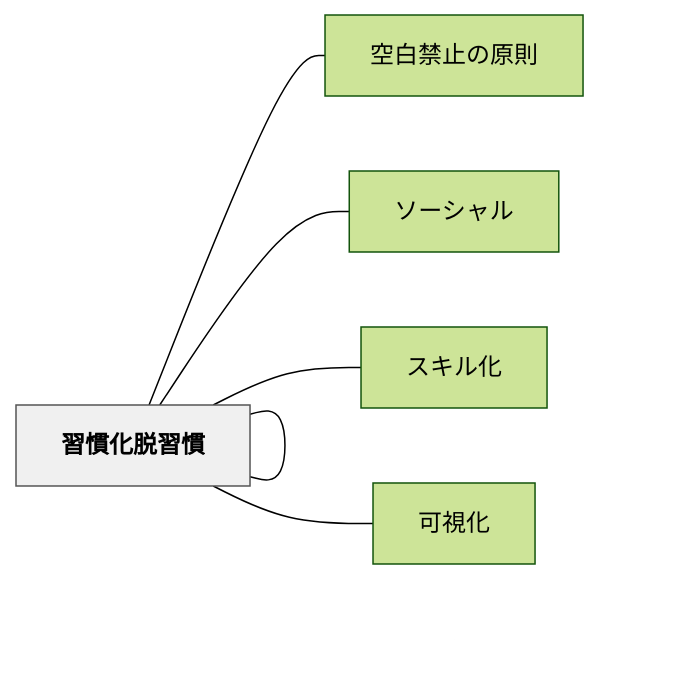
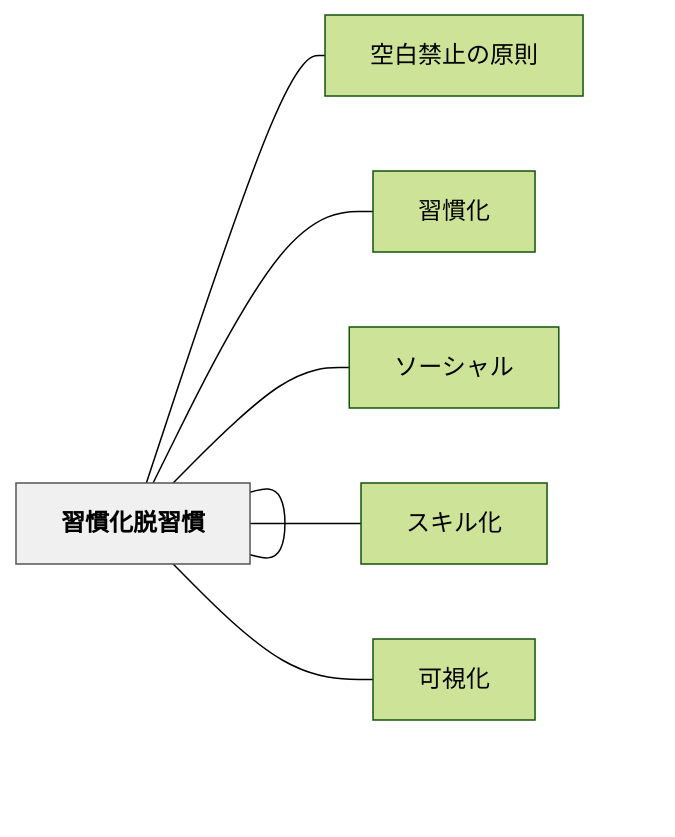
The diagram in content/パタン/習慣化脱習慣.md (unknownthings-ed-patterns/unknownthings-ed-patterns), drawn with Mermaid (forest theme) before and after one commit. The commit also changed 527 other files, not shown here.

````diff
--- a/content/パタン/習慣化脱習慣.md
+++ b/content/パタン/習慣化脱習慣.md
@@ -88,20 +88,20 @@
 ```mermaid
 flowchart LR
-    ne7bf92e685a3["習慣化脱習慣"]
-    ne7a9bae799bd["空白禁止の原則"]
-    ne7bf92e685a3["習慣化"]
-    ne382bde383bc["ソーシャル"]
-    ne382b9e382ad["スキル化"]
-    ne58fafe8a696["可視化"]
-    ne7bf92e685a3["習慣化脱習慣"]
+    ne7bf92e685a3e58c96e884b1e7bf92e685a3["習慣化脱習慣"]
+    ne7a9bae799bde7a681e6ada2e381aee58e9fe58987["空白禁止の原則"]
+    ne7bf92e685a3e58c96["習慣化"]
+    ne382bde383bce382b7e383a3e383ab["ソーシャル"]
+    ne382b9e382ade383abe58c96["スキル化"]
+    ne58fafe8a696e58c96["可視化"]
+    ne7bf92e685a3e58c96e884b1e7bf92e685a3["習慣化脱習慣"]
 
-    ne7bf92e685a3 --- ne7a9bae799bd
-    ne7bf92e685a3 --- ne7bf92e685a3
-    ne7bf92e685a3 --- ne382bde383bc
-    ne7bf92e685a3 --- ne382b9e382ad
-    ne7bf92e685a3 --- ne58fafe8a696
-    ne7bf92e685a3 --- ne7bf92e685a3
+    ne7bf92e685a3e58c96e884b1e7bf92e685a3 --- ne7a9bae799bde7a681e6ada2e381aee58e9fe58987
+    ne7bf92e685a3e58c96e884b1e7bf92e685a3 --- ne7bf92e685a3e58c96
+    ne7bf92e685a3e58c96e884b1e7bf92e685a3 --- ne382bde383bce382b7e383a3e383ab
+    ne7bf92e685a3e58c96e884b1e7bf92e685a3 --- ne382b9e382ade383abe58c96
+    ne7bf92e685a3e58c96e884b1e7bf92e685a3 --- ne58fafe8a696e58c96
+    ne7bf92e685a3e58c96e884b1e7bf92e685a3 --- ne7bf92e685a3e58c96e884b1e7bf92e685a3
 
     classDef hub fill:#f0f0f0,stroke:#555,color:#000,font-weight:bold
-    class ne7bf92e685a3 hub
+    class ne7bf92e685a3e58c96e884b1e7bf92e685a3 hub
 ```
````
